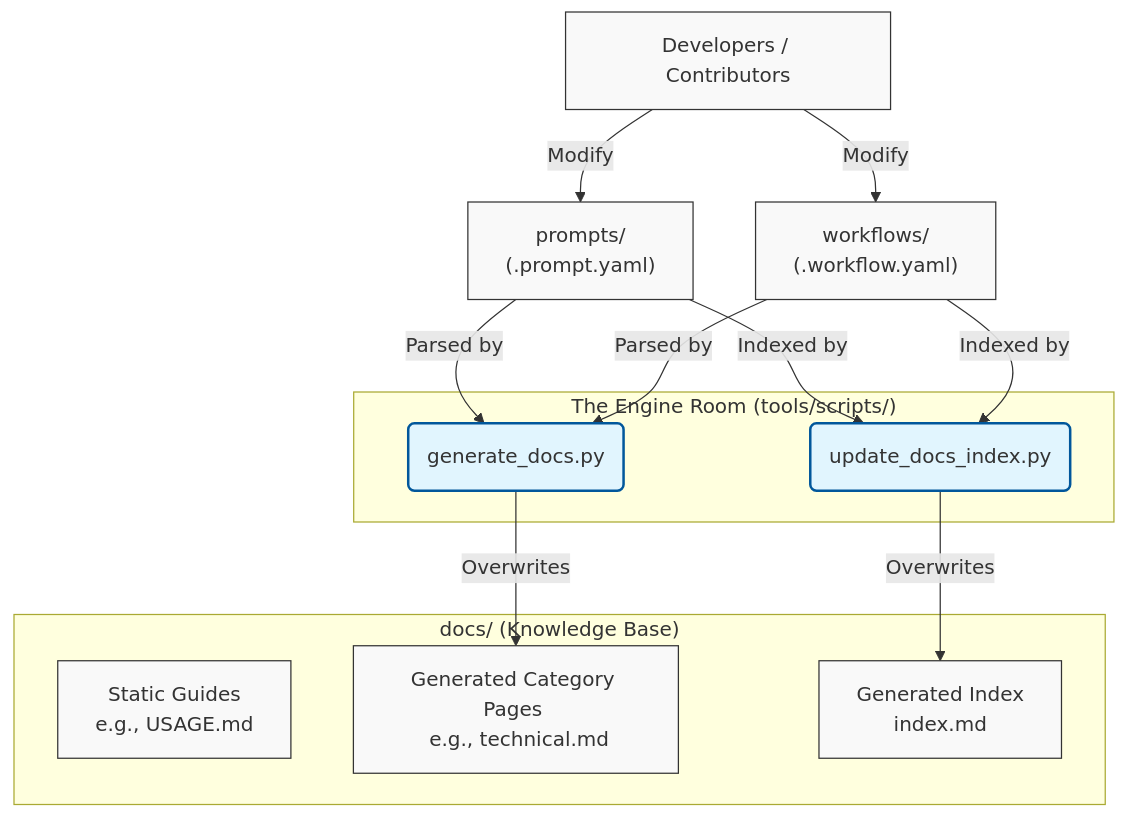
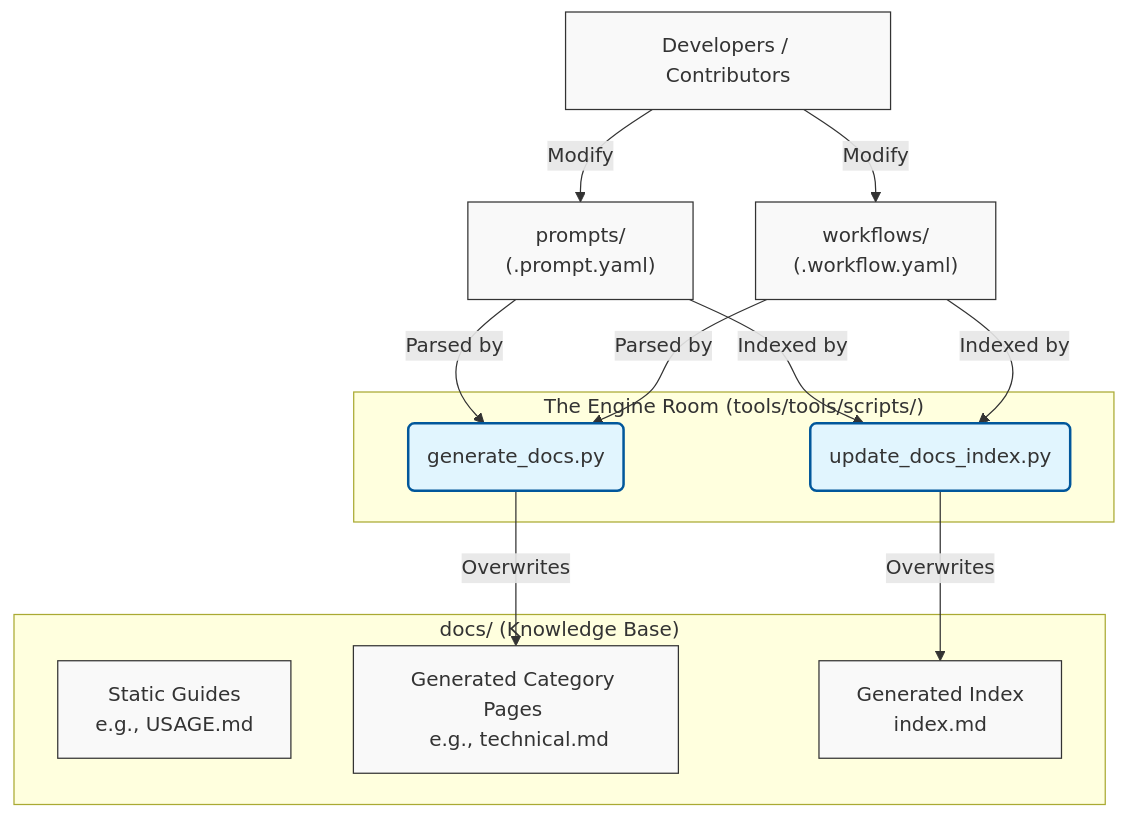
The diagram in README_DOCS.md (fderuiter/proompts), drawn with Mermaid before and after one commit. The commit also changed other lines of this file and 33 other files, not shown here.

````diff
--- a/README_DOCS.md
+++ b/README_DOCS.md
@@ -38,29 +38,29 @@
 ```mermaid
 graph TD
     %% Define Nodes
     A[Developers / Contributors] -->|Modify| B["prompts/ <br> (.prompt.yaml)"]
     A -->|Modify| C["workflows/ <br> (.workflow.yaml)"]
 
-    subgraph "The Engine Room (tools/scripts/)"
+    subgraph "The Engine Room (tools/tools/scripts/)"
         D1(generate_docs.py)
         D2(update_docs_index.py)
     end
 
     B -->|Parsed by| D1
     C -->|Parsed by| D1
     B -->|Indexed by| D2
     C -->|Indexed by| D2
 
     subgraph "docs/ (Knowledge Base)"
         E1[Static Guides <br> e.g., USAGE.md]
         E2[Generated Category Pages <br> e.g., technical.md]
         E3[Generated Index <br> index.md]
     end
 
     D1 -->|Overwrites| E2
     D2 -->|Overwrites| E3
 
     classDef default fill:#f9f9f9,stroke:#333,stroke-width:1px;
     classDef action fill:#e1f5fe,stroke:#01579b,stroke-width:2px;
     class D1,D2 action;
 ```
````
